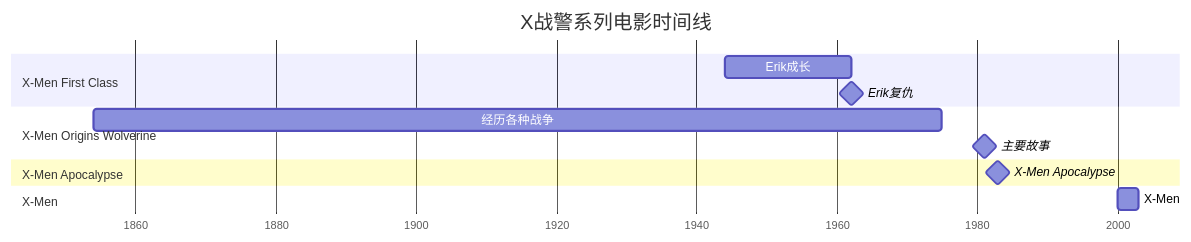
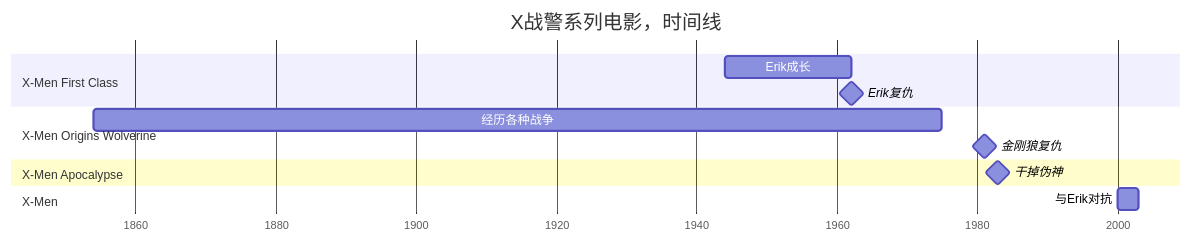
Before and after one commit to unclehuzi/unclehuzi.github.io: the diagram in 2021/11/life-movie-x-men/index.md, drawn with Mermaid. The commit also changed 9 other files, not shown here.

```diff
--- a/2021/11/life-movie-x-men/index.md
+++ b/2021/11/life-movie-x-men/index.md
@@ -10,21 +10,21 @@
 {{< mermaid >}}
 gantt
     dateFormat YYYY
     axisFormat %Y
-    title X战警系列电影时间线
+    title X战警系列电影，时间线
 
     section X-Men First Class
     Erik成长  : 1944,1962
     Erik复仇  : milestone,1962,1962
 
     section X-Men Origins Wolverine
     经历各种战争 : 1854,1975
-    主要故事: milestone,1981,1981
+    金刚狼复仇: milestone,1981,1981
 
 
     section X-Men Apocalypse
-    X-Men Apocalypse : milestone,1983,1983
+    干掉伪神 : milestone,1983,1983
 
     section X-Men
-    X-Men : 2000,2003
+    与Erik对抗 : 2000,2003
 {{< /mermaid >}}
```
